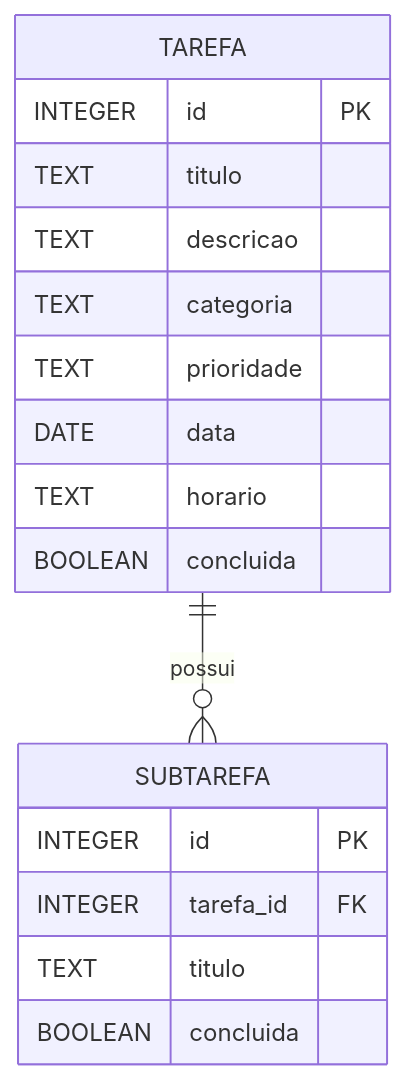
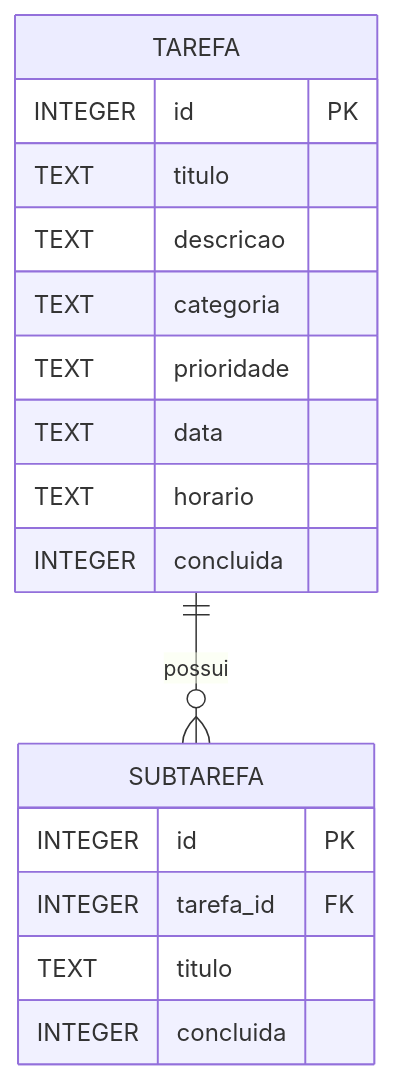
One commit to larigm/can-do changed the diagram in README.md. Above: the diagram before and after it, drawn with Mermaid. The commit also changed other lines of this file, not shown here.

````diff
--- a/README.md
+++ b/README.md
@@ -78,20 +85,20 @@
 ```mermaid
 erDiagram
     TAREFA ||--o{ SUBTAREFA : possui
     TAREFA {
         INTEGER id PK
         TEXT titulo
         TEXT descricao
         TEXT categoria
         TEXT prioridade
-        DATE data
+        TEXT data
         TEXT horario
-        BOOLEAN concluida
+        INTEGER concluida
     }
     SUBTAREFA {
         INTEGER id PK
         INTEGER tarefa_id FK
         TEXT titulo
-        BOOLEAN concluida
+        INTEGER concluida
     }
 ```
````
